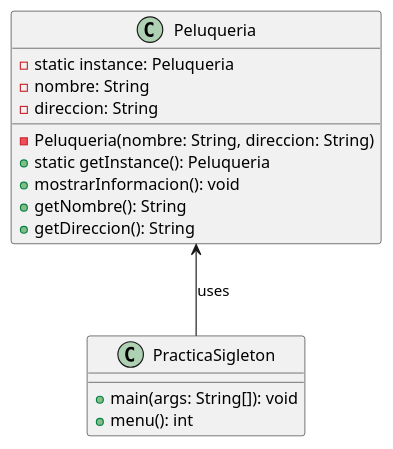
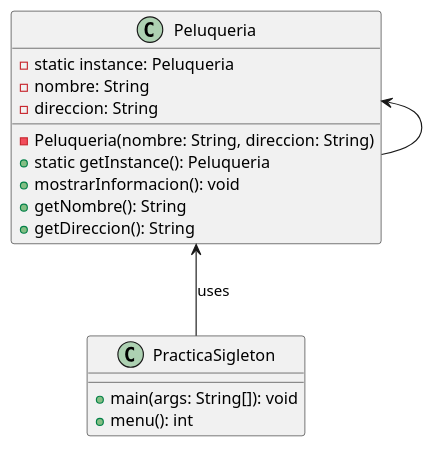
One commit to Andrescpyo/programming_models changed the diagram in Workshop3/ClassDiagram/classDiagram.plantuml. Above: the diagram before and after it, drawn with PlantUML.

```diff
--- a/Workshop3/ClassDiagram/classDiagram.plantuml
+++ b/Workshop3/ClassDiagram/classDiagram.plantuml
@@ -1,20 +1,20 @@
 @startuml Peluqueria
 class Peluqueria {
     - static instance: Peluqueria
     - nombre: String
     - direccion: String
     - Peluqueria(nombre: String, direccion: String)
     + static getInstance(): Peluqueria
     + mostrarInformacion(): void
     + getNombre(): String
     + getDireccion(): String
 }
 
 class PracticaSigleton {
     + main(args: String[]): void
     + menu(): int
 }
 
 Peluqueria <-- PracticaSigleton : uses
-
+Peluqueria <-- Peluqueria
 @endumlS
```
